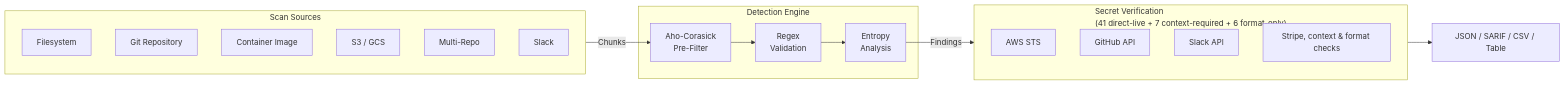
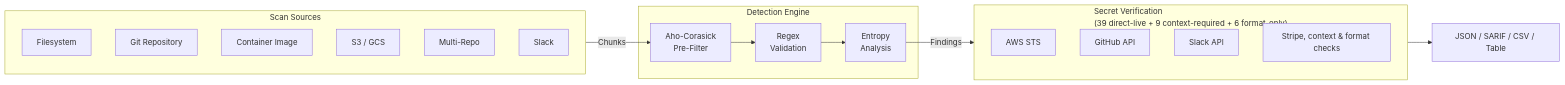
One commit to cemililik/Leakwatch changed the first of 4 diagrams in docs/guides/getting-started.md. Above: the diagram before and after it, drawn with Mermaid. The commit also changed other lines of this file and 55 other files, not shown here.

````diff
--- a/docs/guides/getting-started.md
+++ b/docs/guides/getting-started.md
@@ -22,30 +22,30 @@
 ```mermaid
 flowchart LR
     subgraph Sources["Scan Sources"]
         S1["Filesystem"]
         S2["Git Repository"]
         S3["Container Image"]
         S4["S3 / GCS"]
         S5["Multi-Repo"]
         S6["Slack"]
     end
 
     subgraph Engine["Detection Engine"]
         E1["Aho-Corasick\nPre-Filter"]
         E2["Regex\nValidation"]
         E3["Entropy\nAnalysis"]
     end
 
-    subgraph Verification["Secret Verification\n(41 direct-live + 7 context-required + 6 format-only)"]
+    subgraph Verification["Secret Verification\n(39 direct-live + 9 context-required + 6 format-only)"]
         V1["AWS STS"]
         V2["GitHub API"]
         V3["Slack API"]
         V4["Stripe, context & format checks"]
     end
 
     Sources -->|Chunks| E1
     E1 --> E2
     E2 --> E3
     E3 -->|Findings| Verification
     Verification --> Output["JSON / SARIF / CSV / Table"]
 ```
````
